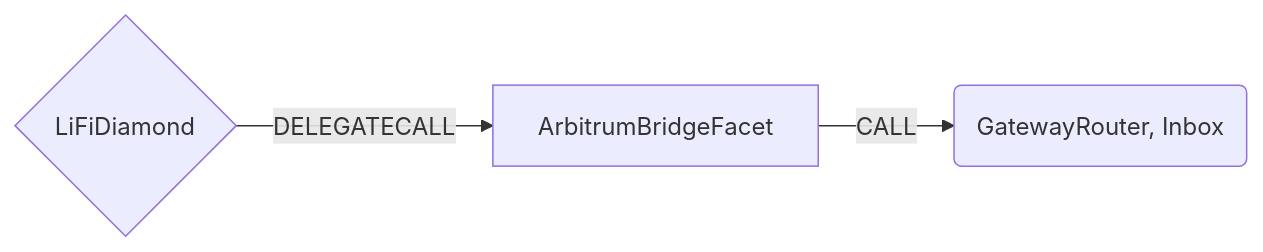
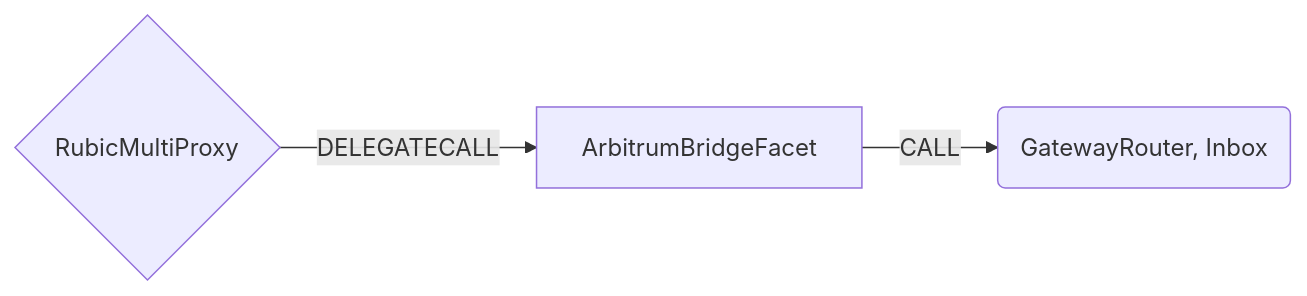
The diagram in docs/ArbitrumBridgeFacet.md (Cryptorubic/multi-proxy-rubic), drawn with Mermaid before and after one commit. The commit also changed other lines of this file and 82 other files, not shown here.

Commit message:
rename to Rubic and change IRubic.BridgeData.integrator type

````diff
--- a/docs/ArbitrumBridgeFacet.md
+++ b/docs/ArbitrumBridgeFacet.md
@@ -7,5 +7,5 @@
 ```mermaid
 graph LR;
-    D{LiFiDiamond}-- DELEGATECALL -->A[ArbitrumBridgeFacet]
+    D{RubicMultiProxy}-- DELEGATECALL -->A[ArbitrumBridgeFacet]
     A -- CALL --> ArbitrumNativeBridge(GatewayRouter, Inbox)
 ```
````
